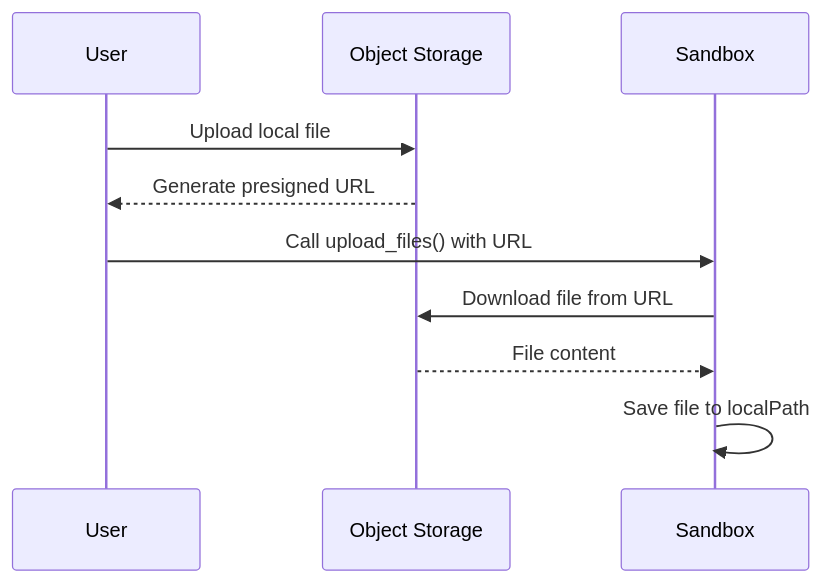
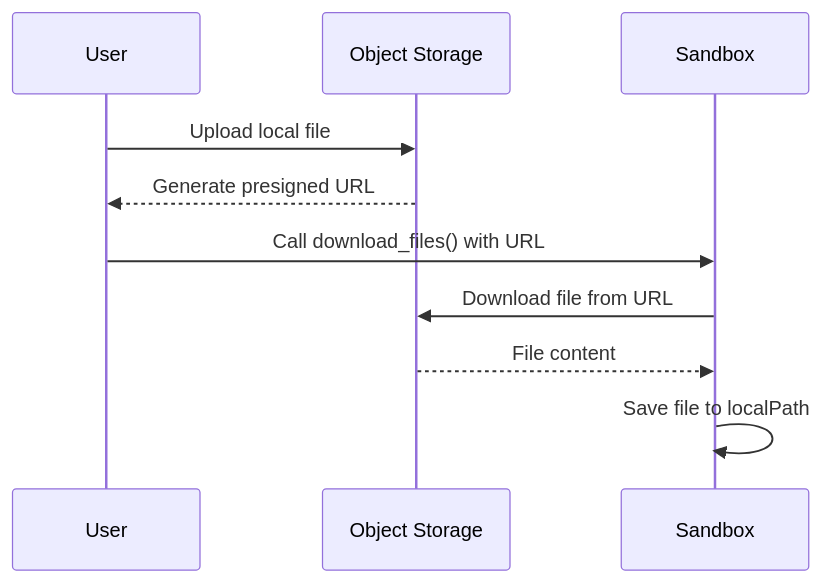
One commit to lybic/lybic-sdk-python changed the first of 2 diagrams in docs/example.md. Above: the diagram before and after it, drawn with Mermaid. The commit also changed other lines of this file and 1 other file, not shown here.

First line of the commit message:
feat: update documentation and method names for sandbox file transfer processes

````diff
--- a/docs/example.md
+++ b/docs/example.md
@@ -502,13 +504,13 @@
    ```mermaid
    sequenceDiagram
        participant User
        participant MinIO as Object Storage
        participant Sandbox
 
        User->>MinIO: Upload local file
        MinIO-->>User: Generate presigned URL
-       User->>Sandbox: Call upload_files() with URL
+       User->>Sandbox: Call download_files() with URL
        Sandbox->>MinIO: Download file from URL
        MinIO-->>Sandbox: File content
        Sandbox->>Sandbox: Save file to localPath
    ```
````
